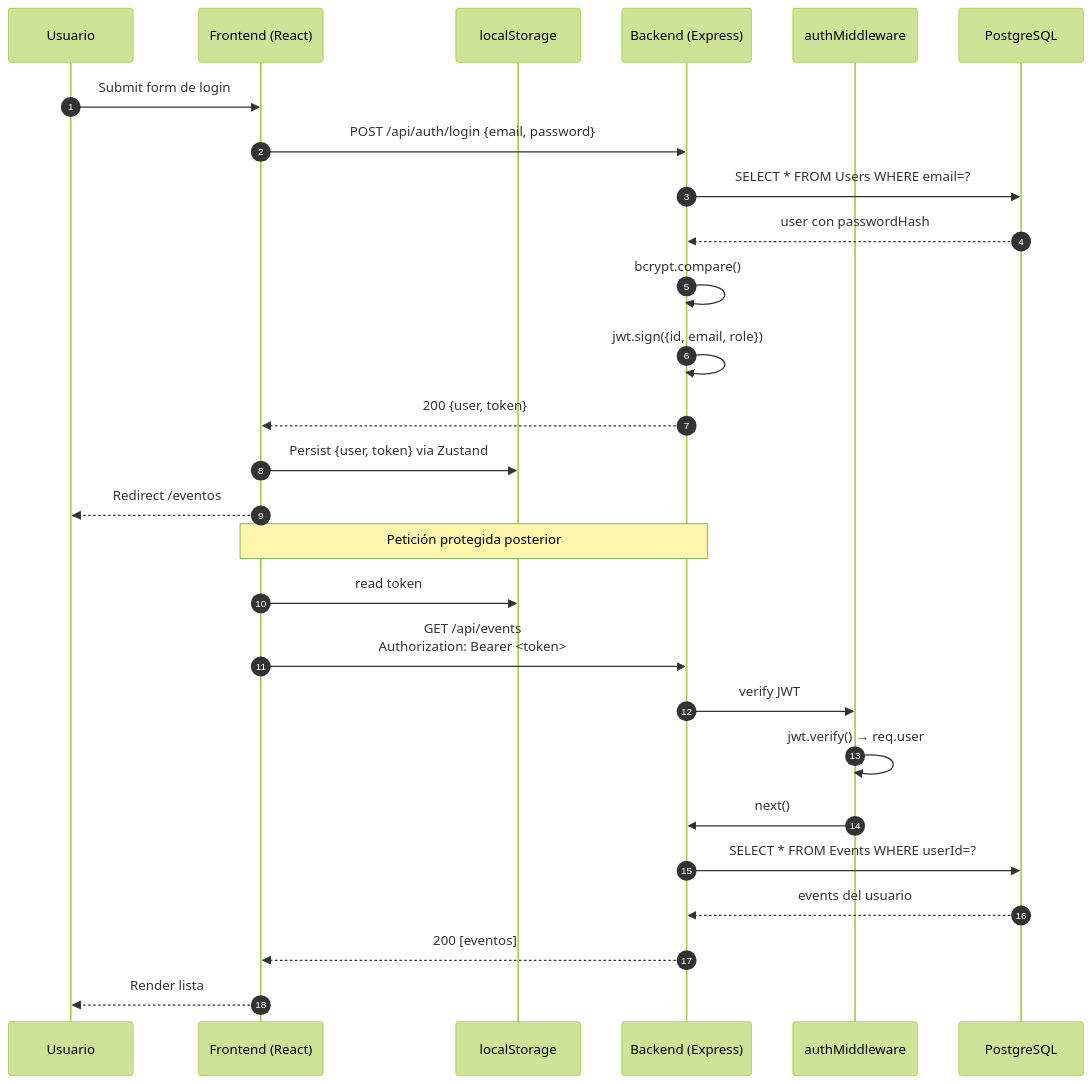
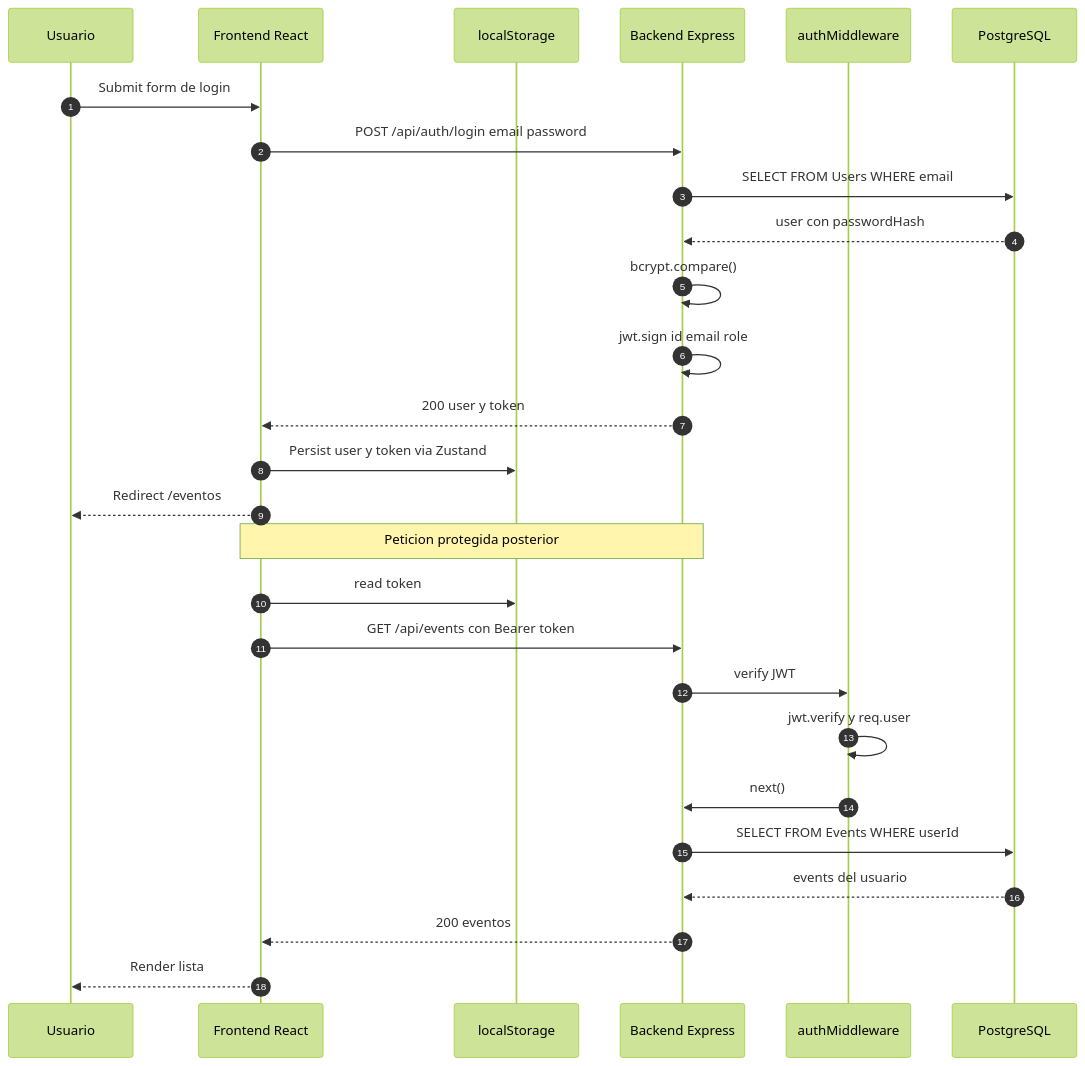
One commit to JesusGG2109/ticket-generator changed the second of 4 diagrams in README.md. Above: the diagram before and after it, drawn with Mermaid (forest theme). The commit also changed other lines of this file, not shown here.

Commit message:
Reestructura del README estilo open source con demo en linea y correcciones

````diff
--- a/README.md
+++ b/README.md
@@ -151,31 +245,31 @@
 ```mermaid
 sequenceDiagram
     autonumber
     participant U as Usuario
-    participant FE as Frontend (React)
+    participant FE as Frontend React
     participant LS as localStorage
-    participant API as Backend (Express)
+    participant API as Backend Express
     participant MW as authMiddleware
     participant DB as PostgreSQL
 
     U->>FE: Submit form de login
-    FE->>API: POST /api/auth/login {email, password}
-    API->>DB: SELECT * FROM Users WHERE email=?
+    FE->>API: POST /api/auth/login email password
+    API->>DB: SELECT FROM Users WHERE email
     DB-->>API: user con passwordHash
     API->>API: bcrypt.compare()
-    API->>API: jwt.sign({id, email, role})
-    API-->>FE: 200 {user, token}
-    FE->>LS: Persist {user, token} via Zustand
+    API->>API: jwt.sign id email role
+    API-->>FE: 200 user y token
+    FE->>LS: Persist user y token via Zustand
     FE-->>U: Redirect /eventos
 
-    Note over FE,API: Petición protegida posterior
+    Note over FE,API: Peticion protegida posterior
     FE->>LS: read token
-    FE->>API: GET /api/events<br/>Authorization: Bearer <token>
+    FE->>API: GET /api/events con Bearer token
     API->>MW: verify JWT
-    MW->>MW: jwt.verify() → req.user
+    MW->>MW: jwt.verify y req.user
     MW->>API: next()
-    API->>DB: SELECT * FROM Events WHERE userId=?
+    API->>DB: SELECT FROM Events WHERE userId
     DB-->>API: events del usuario
-    API-->>FE: 200 [eventos]
+    API-->>FE: 200 eventos
     FE-->>U: Render lista
 ```
````
